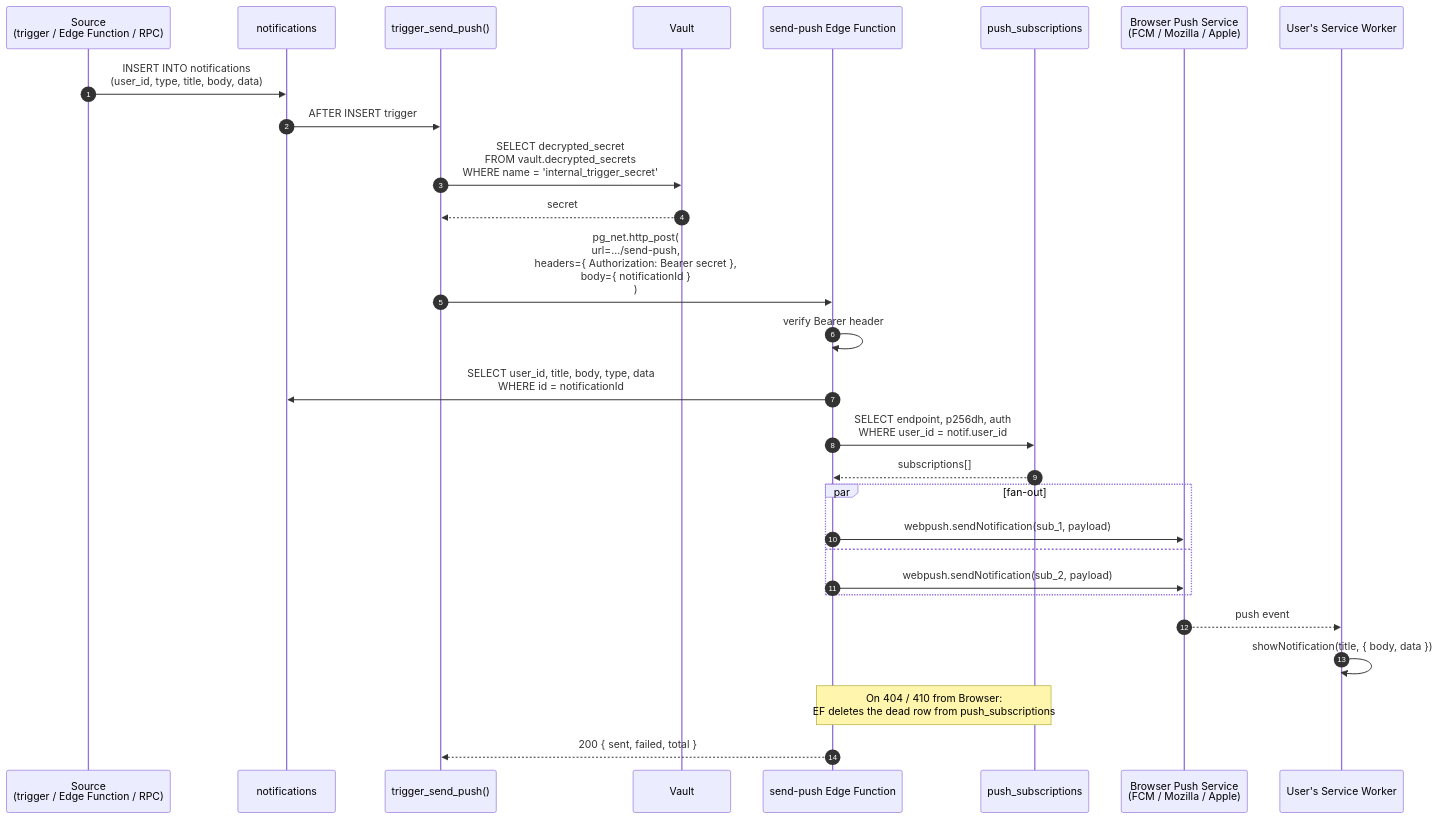
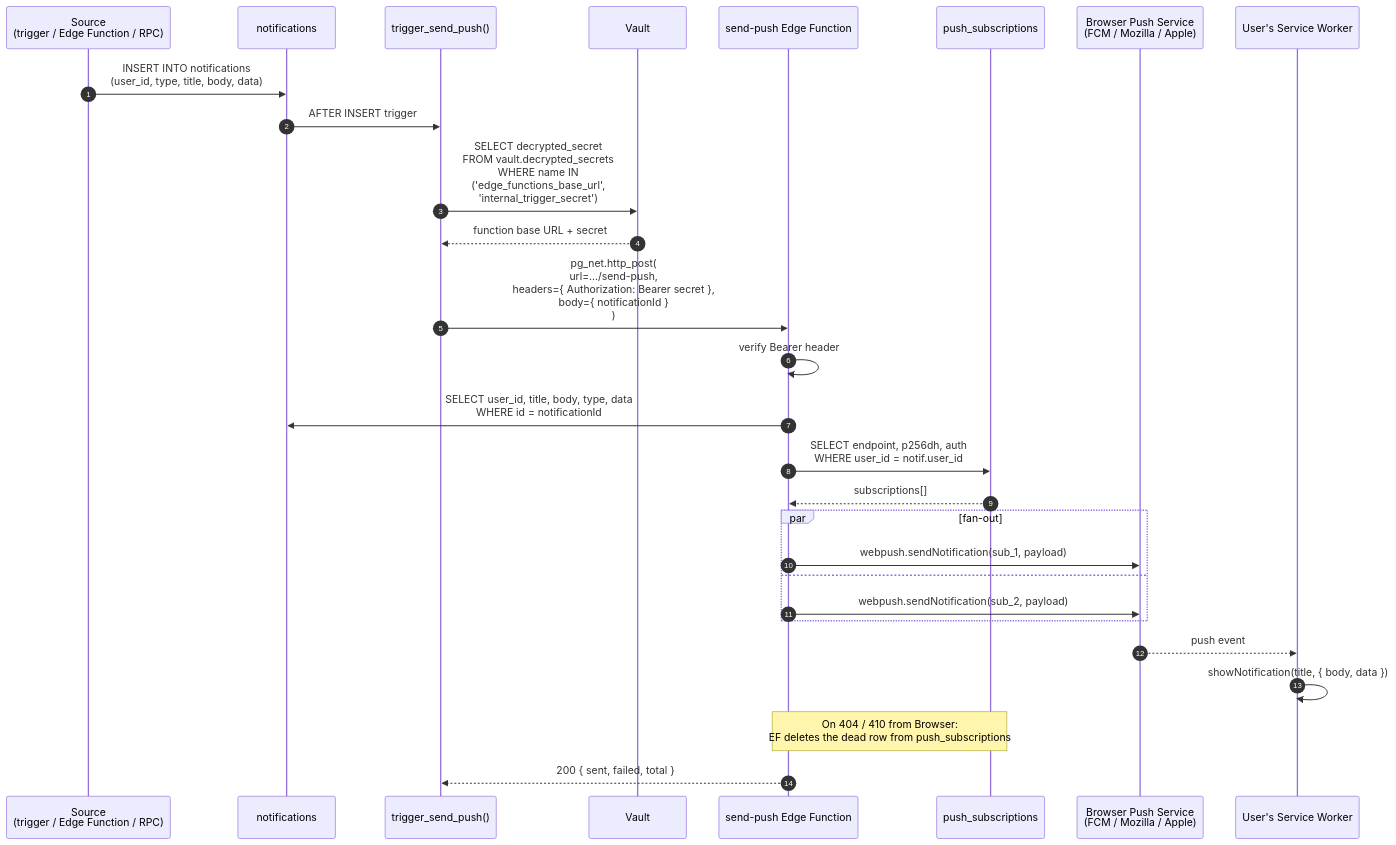
The first of 2 diagrams in docs/architecture/flows/notifications-push.md (adrianghub/portfelik), drawn with Mermaid before and after one commit. The commit also changed other lines of this file and 50 other files, not shown here.

````diff
--- a/docs/architecture/flows/notifications-push.md
+++ b/docs/architecture/flows/notifications-push.md
@@ -7,31 +7,31 @@
 ```mermaid
 sequenceDiagram
     autonumber
     participant Origin as Source<br/>(trigger / Edge Function / RPC)
     participant N as notifications
     participant T as trigger_send_push()
     participant V as Vault
     participant EF as send-push Edge Function
     participant PS as push_subscriptions
     participant Browser as Browser Push Service<br/>(FCM / Mozilla / Apple)
     participant SW as User's Service Worker
 
     Origin->>N: INSERT INTO notifications<br/>(user_id, type, title, body, data)
     N->>T: AFTER INSERT trigger
-    T->>V: SELECT decrypted_secret<br/>FROM vault.decrypted_secrets<br/>WHERE name = 'internal_trigger_secret'
-    V-->>T: secret
+    T->>V: SELECT decrypted_secret<br/>FROM vault.decrypted_secrets<br/>WHERE name IN<br/>('edge_functions_base_url',<br/>'internal_trigger_secret')
+    V-->>T: function base URL + secret
     T->>EF: pg_net.http_post(<br/>  url=.../send-push,<br/>  headers={ Authorization: Bearer secret },<br/>  body={ notificationId }<br/>)
     EF->>EF: verify Bearer header
     EF->>N: SELECT user_id, title, body, type, data<br/>WHERE id = notificationId
     EF->>PS: SELECT endpoint, p256dh, auth<br/>WHERE user_id = notif.user_id
     PS-->>EF: subscriptions[]
     par fan-out
         EF->>Browser: webpush.sendNotification(sub_1, payload)
     and
         EF->>Browser: webpush.sendNotification(sub_2, payload)
     end
     Browser-->>SW: push event
     SW->>SW: showNotification(title, { body, data })
     Note over EF,PS: On 404 / 410 from Browser:<br/>EF deletes the dead row from push_subscriptions
     EF-->>T: 200 { sent, failed, total }
 ```
````
